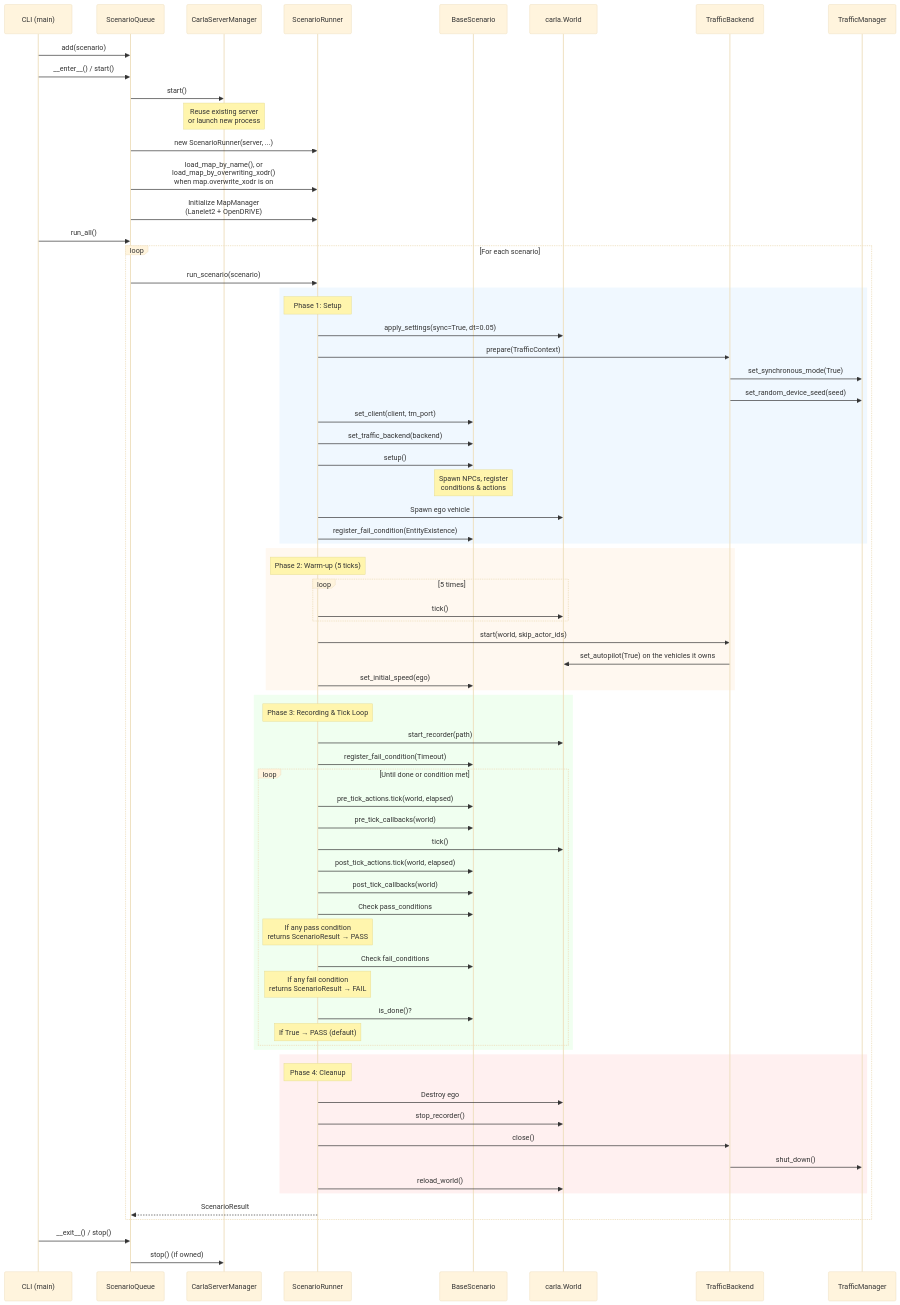
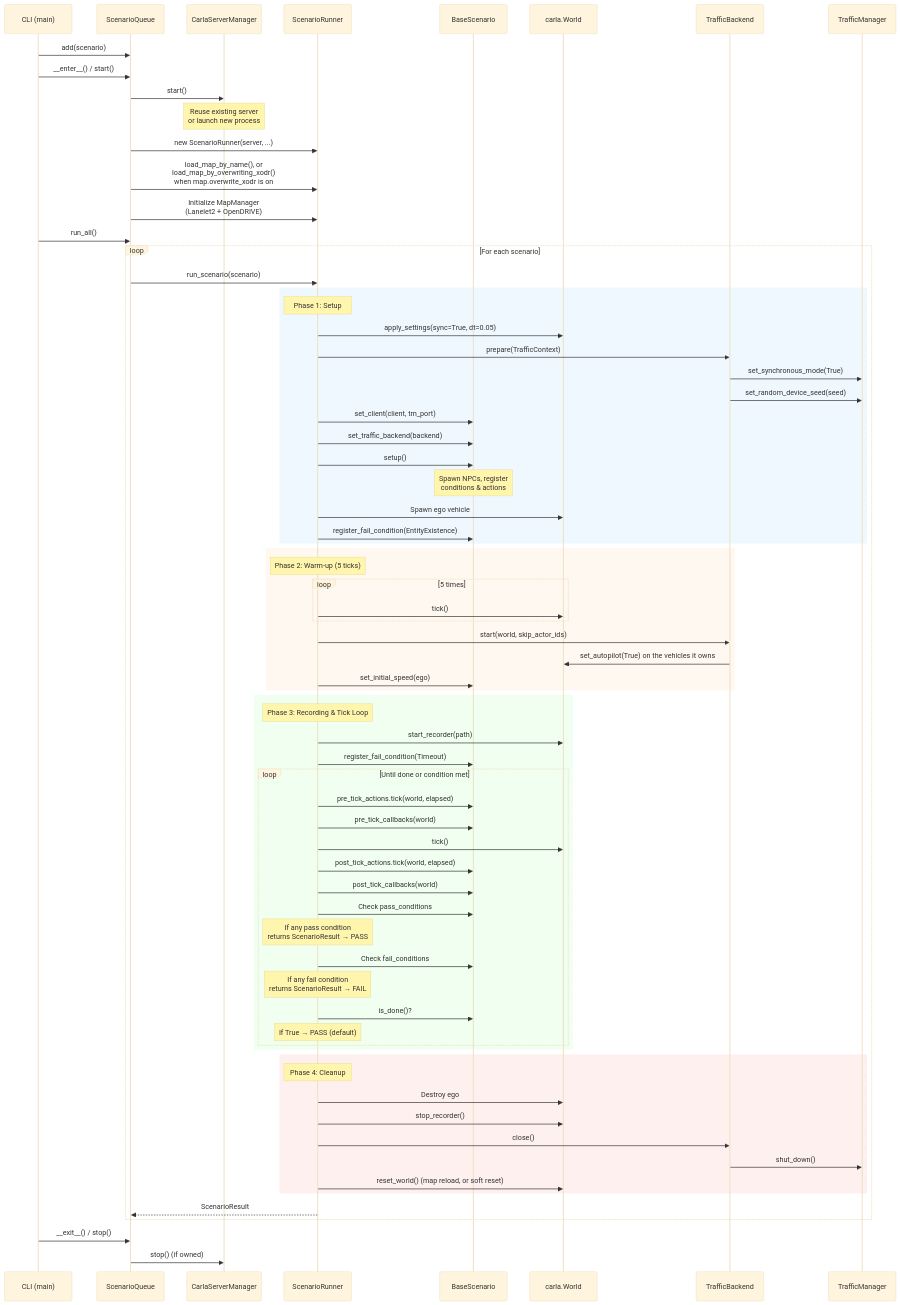
One commit to autowarefoundation/autoware_carla_scenario changed the third of 13 diagrams in autoware_carla_scenario/docs/architecture.md. Above: the diagram before and after it, drawn with Mermaid (base theme). The commit also changed other lines of this file and 9 other files, not shown here.

````diff
--- a/autoware_carla_scenario/docs/architecture.md
+++ b/autoware_carla_scenario/docs/architecture.md
@@ -125,81 +125,81 @@
 ```mermaid
 sequenceDiagram
     participant CLI as CLI (main)
     participant SQ as ScenarioQueue
     participant CSM as CarlaServerManager
     participant SR as ScenarioRunner
     participant BS as BaseScenario
     participant W as carla.World
     participant TB as TrafficBackend
     participant TM as TrafficManager
 
     CLI->>SQ: add(scenario)
     CLI->>SQ: __enter__() / start()
     SQ->>CSM: start()
     Note over CSM: Reuse existing server<br/>or launch new process
     SQ->>SR: new ScenarioRunner(server, ...)
     SQ->>SR: load_map_by_name(), or<br/>load_map_by_overwriting_xodr()<br/>when map.overwrite_xodr is on
     SQ->>SR: Initialize MapManager<br/>(Lanelet2 + OpenDRIVE)
 
     CLI->>SQ: run_all()
     loop For each scenario
         SQ->>SR: run_scenario(scenario)
 
         rect rgb(240, 248, 255)
             Note over SR: Phase 1: Setup
             SR->>W: apply_settings(sync=True, dt=0.05)
             SR->>TB: prepare(TrafficContext)
             TB->>TM: set_synchronous_mode(True)
             TB->>TM: set_random_device_seed(seed)
             SR->>BS: set_client(client, tm_port)
             SR->>BS: set_traffic_backend(backend)
             SR->>BS: setup()
             Note over BS: Spawn NPCs, register<br/>conditions & actions
             SR->>W: Spawn ego vehicle
             SR->>BS: register_fail_condition(EntityExistence)
         end
 
         rect rgb(255, 248, 240)
             Note over SR: Phase 2: Warm-up (5 ticks)
             loop 5 times
                 SR->>W: tick()
             end
             SR->>TB: start(world, skip_actor_ids)
             TB->>W: set_autopilot(True) on the vehicles it owns
             SR->>BS: set_initial_speed(ego)
         end
 
         rect rgb(240, 255, 240)
             Note over SR: Phase 3: Recording & Tick Loop
             SR->>W: start_recorder(path)
             SR->>BS: register_fail_condition(Timeout)
             loop Until done or condition met
                 SR->>BS: pre_tick_actions.tick(world, elapsed)
                 SR->>BS: pre_tick_callbacks(world)
                 SR->>W: tick()
                 SR->>BS: post_tick_actions.tick(world, elapsed)
                 SR->>BS: post_tick_callbacks(world)
                 SR->>BS: Check pass_conditions
                 Note over SR: If any pass condition<br/>returns ScenarioResult → PASS
                 SR->>BS: Check fail_conditions
                 Note over SR: If any fail condition<br/>returns ScenarioResult → FAIL
                 SR->>BS: is_done()?
                 Note over SR: If True → PASS (default)
             end
         end
 
         rect rgb(255, 240, 240)
             Note over SR: Phase 4: Cleanup
             SR->>W: Destroy ego
             SR->>W: stop_recorder()
             SR->>TB: close()
             TB->>TM: shut_down()
-            SR->>W: reload_world()
+            SR->>W: reset_world() (map reload, or soft reset)
         end
 
         SR-->>SQ: ScenarioResult
     end
 
     CLI->>SQ: __exit__() / stop()
     SQ->>CSM: stop() (if owned)
 ```
````
